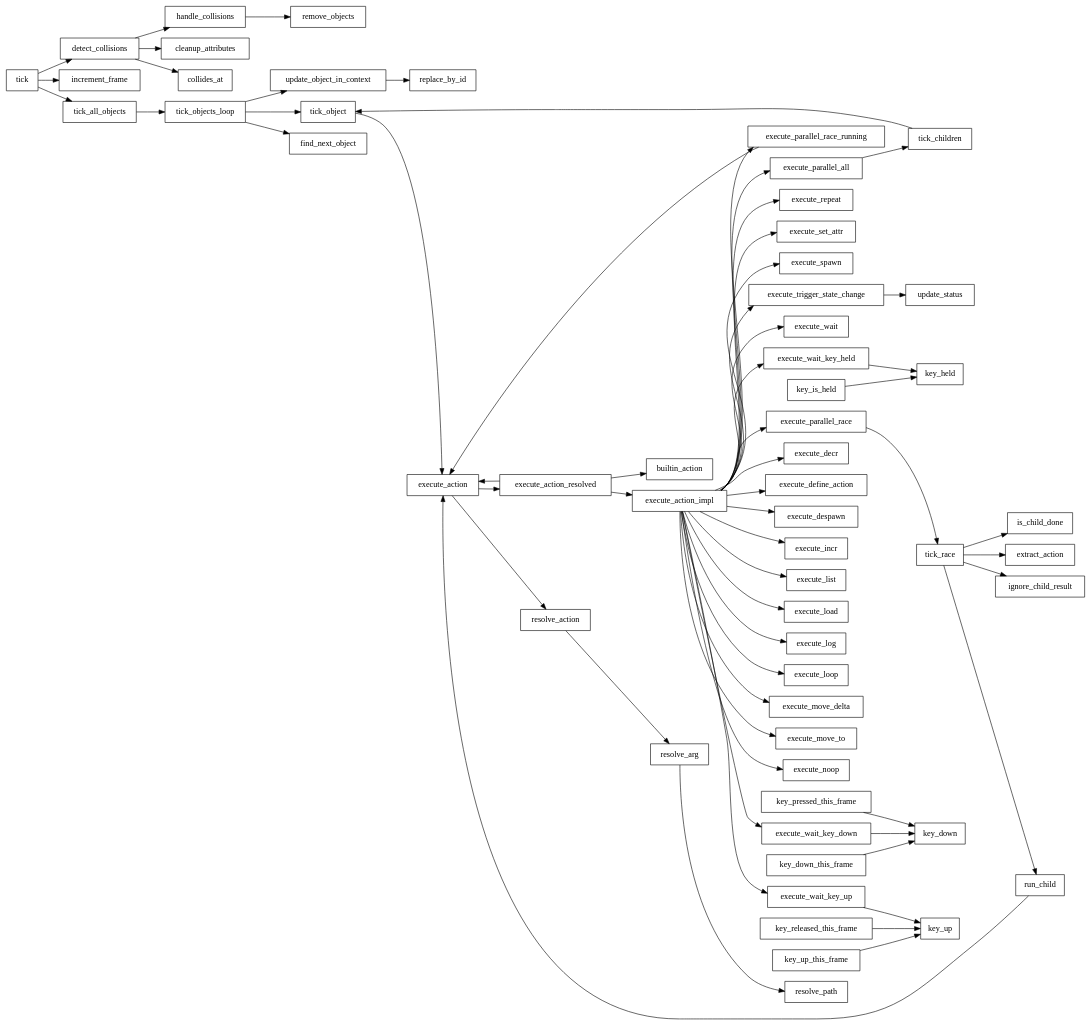
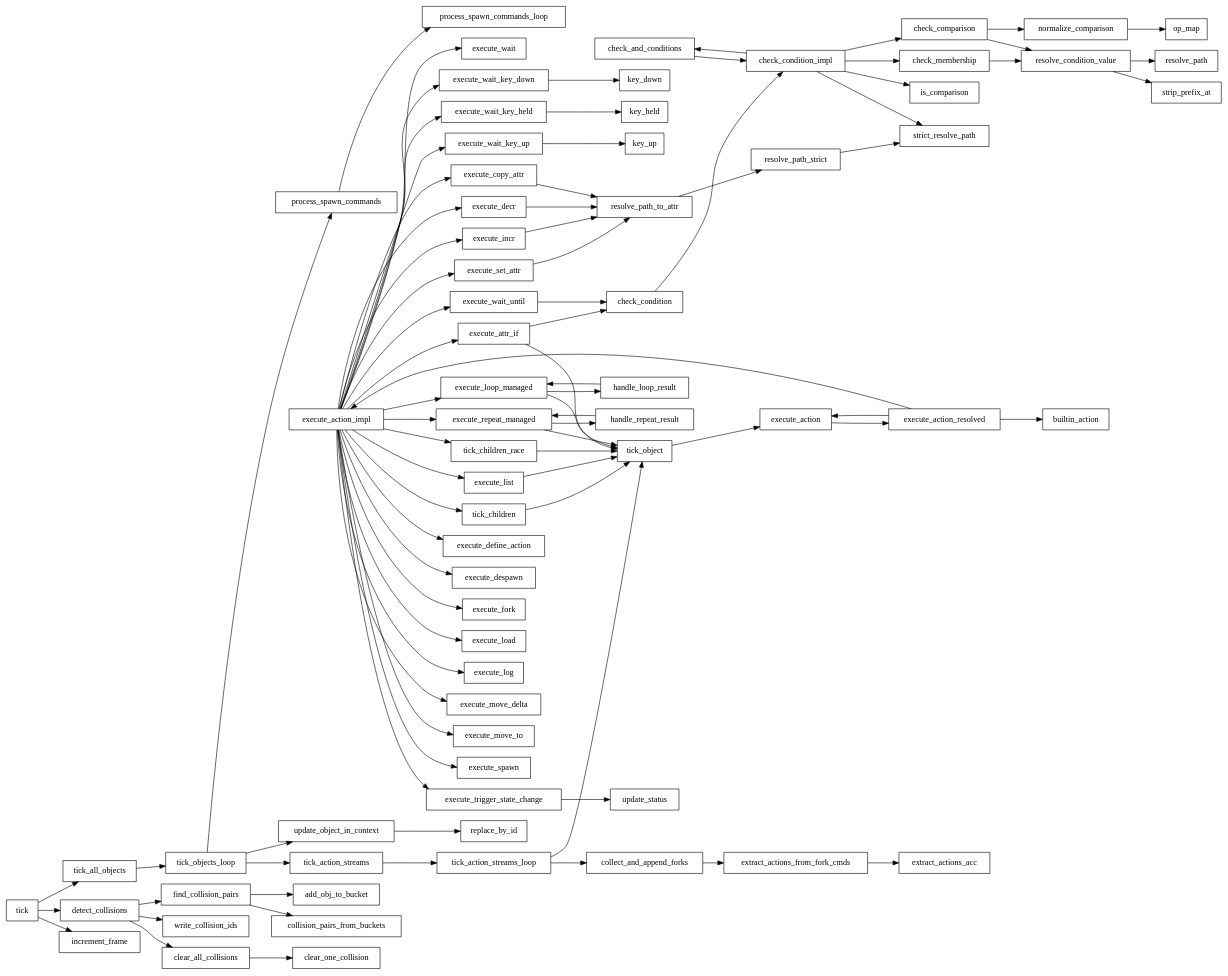
Before and after one commit to fredrik-hjarner/prologinator: the diagram in graph.dot, drawn with Graphviz. The commit also changed 37 other files, not shown here.

Commit message:
place all builtin_action declarations together with their action

```diff
--- a/graph.dot
+++ b/graph.dot
@@ -1,64 +1,88 @@
 digraph G {
   rankdir=LR;
   node [shape=box];
-  "detect_collisions" -> "cleanup_attributes";
-  "detect_collisions" -> "collides_at";
-  "detect_collisions" -> "handle_collisions";
+  "check_and_conditions" -> "check_condition_impl";
+  "check_comparison" -> "normalize_comparison";
+  "check_comparison" -> "resolve_condition_value";
+  "check_condition" -> "check_condition_impl";
+  "check_condition_impl" -> "check_and_conditions";
+  "check_condition_impl" -> "check_comparison";
+  "check_condition_impl" -> "check_membership";
+  "check_condition_impl" -> "is_comparison";
+  "check_condition_impl" -> "strict_resolve_path";
+  "check_membership" -> "resolve_condition_value";
+  "clear_all_collisions" -> "clear_one_collision";
+  "collect_and_append_forks" -> "extract_actions_from_fork_cmds";
+  "detect_collisions" -> "clear_all_collisions";
+  "detect_collisions" -> "find_collision_pairs";
+  "detect_collisions" -> "write_collision_ids";
   "execute_action" -> "execute_action_resolved";
-  "execute_action" -> "resolve_action";
+  "execute_action_impl" -> "execute_attr_if";
+  "execute_action_impl" -> "execute_copy_attr";
   "execute_action_impl" -> "execute_decr";
   "execute_action_impl" -> "execute_define_action";
   "execute_action_impl" -> "execute_despawn";
+  "execute_action_impl" -> "execute_fork";
   "execute_action_impl" -> "execute_incr";
   "execute_action_impl" -> "execute_list";
   "execute_action_impl" -> "execute_load";
   "execute_action_impl" -> "execute_log";
-  "execute_action_impl" -> "execute_loop";
+  "execute_action_impl" -> "execute_loop_managed";
   "execute_action_impl" -> "execute_move_delta";
   "execute_action_impl" -> "execute_move_to";
-  "execute_action_impl" -> "execute_noop";
-  "execute_action_impl" -> "execute_parallel_all";
-  "execute_action_impl" -> "execute_parallel_race";
-  "execute_action_impl" -> "execute_parallel_race_running";
-  "execute_action_impl" -> "execute_repeat";
+  "execute_action_impl" -> "execute_repeat_managed";
   "execute_action_impl" -> "execute_set_attr";
   "execute_action_impl" -> "execute_spawn";
   "execute_action_impl" -> "execute_trigger_state_change";
   "execute_action_impl" -> "execute_wait";
   "execute_action_impl" -> "execute_wait_key_down";
   "execute_action_impl" -> "execute_wait_key_held";
   "execute_action_impl" -> "execute_wait_key_up";
+  "execute_action_impl" -> "execute_wait_until";
+  "execute_action_impl" -> "tick_children";
+  "execute_action_impl" -> "tick_children_race";
   "execute_action_resolved" -> "builtin_action";
   "execute_action_resolved" -> "execute_action";
   "execute_action_resolved" -> "execute_action_impl";
-  "execute_parallel_all" -> "tick_children";
-  "execute_parallel_race" -> "tick_race";
-  "execute_parallel_race_running" -> "execute_action";
+  "execute_attr_if" -> "check_condition";
+  "execute_attr_if" -> "tick_object";
+  "execute_copy_attr" -> "resolve_path_to_attr";
+  "execute_decr" -> "resolve_path_to_attr";
+  "execute_incr" -> "resolve_path_to_attr";
+  "execute_list" -> "tick_object";
+  "execute_loop_managed" -> "handle_loop_result";
+  "execute_loop_managed" -> "tick_object";
+  "execute_repeat_managed" -> "handle_repeat_result";
+  "execute_repeat_managed" -> "tick_object";
+  "execute_set_attr" -> "resolve_path_to_attr";
   "execute_trigger_state_change" -> "update_status";
   "execute_wait_key_down" -> "key_down";
   "execute_wait_key_held" -> "key_held";
   "execute_wait_key_up" -> "key_up";
-  "handle_collisions" -> "remove_objects";
-  "key_down_this_frame" -> "key_down";
-  "key_is_held" -> "key_held";
-  "key_pressed_this_frame" -> "key_down";
-  "key_released_this_frame" -> "key_up";
-  "key_up_this_frame" -> "key_up";
-  "resolve_action" -> "resolve_arg";
-  "resolve_arg" -> "resolve_path";
-  "run_child" -> "execute_action";
+  "execute_wait_until" -> "check_condition";
+  "extract_actions_from_fork_cmds" -> "extract_actions_acc";
+  "find_collision_pairs" -> "add_obj_to_bucket";
+  "find_collision_pairs" -> "collision_pairs_from_buckets";
+  "handle_loop_result" -> "execute_loop_managed";
+  "handle_repeat_result" -> "execute_repeat_managed";
+  "normalize_comparison" -> "op_map";
+  "process_spawn_commands" -> "process_spawn_commands_loop";
+  "resolve_condition_value" -> "resolve_path";
+  "resolve_condition_value" -> "strip_prefix_at";
+  "resolve_path_strict" -> "strict_resolve_path";
+  "resolve_path_to_attr" -> "resolve_path_strict";
   "tick" -> "detect_collisions";
   "tick" -> "increment_frame";
   "tick" -> "tick_all_objects";
+  "tick_action_streams" -> "tick_action_streams_loop";
+  "tick_action_streams_loop" -> "collect_and_append_forks";
+  "tick_action_streams_loop" -> "tick_object";
   "tick_all_objects" -> "tick_objects_loop";
   "tick_children" -> "tick_object";
+  "tick_children_race" -> "tick_object";
   "tick_object" -> "execute_action";
-  "tick_objects_loop" -> "find_next_object";
-  "tick_objects_loop" -> "tick_object";
+  "tick_objects_loop" -> "process_spawn_commands";
+  "tick_objects_loop" -> "tick_action_streams";
   "tick_objects_loop" -> "update_object_in_context";
-  "tick_race" -> "extract_action";
-  "tick_race" -> "ignore_child_result";
-  "tick_race" -> "is_child_done";
-  "tick_race" -> "run_child";
   "update_object_in_context" -> "replace_by_id";
 }
```
